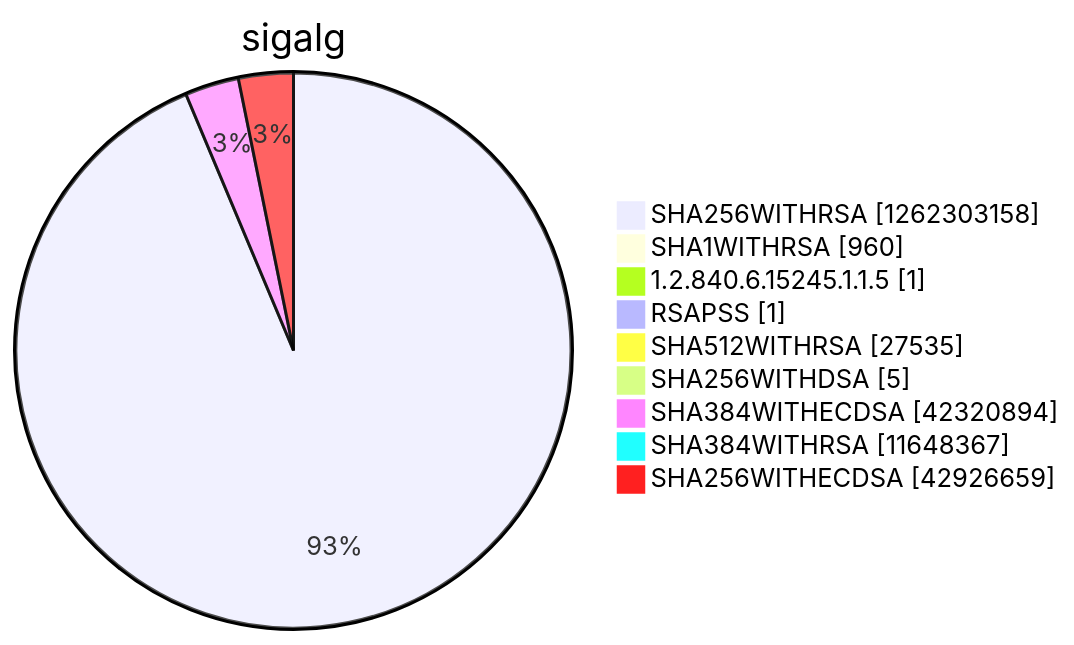
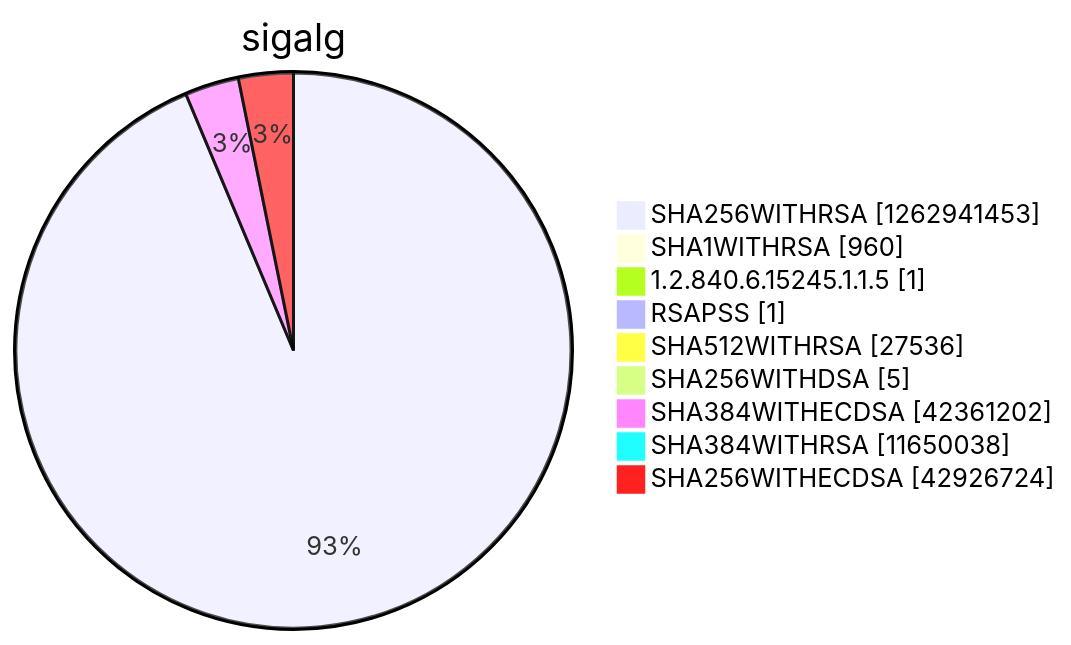
Before and after one commit to christiankrug/ctmonitor_visualization: diagram 15 of 15 in argon2022/README.md, drawn with Mermaid. The commit also changed other lines of this file, not shown here.

````diff
--- a/argon2022/README.md
+++ b/argon2022/README.md
@@ -5522,13 +5522,13 @@
 ```mermaid
 pie showData
 title sigalg
-"SHA256WITHRSA" :1262303158
+"SHA256WITHRSA" :1262941453
 "SHA1WITHRSA" :960
 "1.2.840.6.15245.1.1.5" :1
 "RSAPSS" :1
-"SHA512WITHRSA" :27535
+"SHA512WITHRSA" :27536
 "SHA256WITHDSA" :5
-"SHA384WITHECDSA" :42320894
-"SHA384WITHRSA" :11648367
-"SHA256WITHECDSA" :42926659
+"SHA384WITHECDSA" :42361202
+"SHA384WITHRSA" :11650038
+"SHA256WITHECDSA" :42926724
 ```
````
